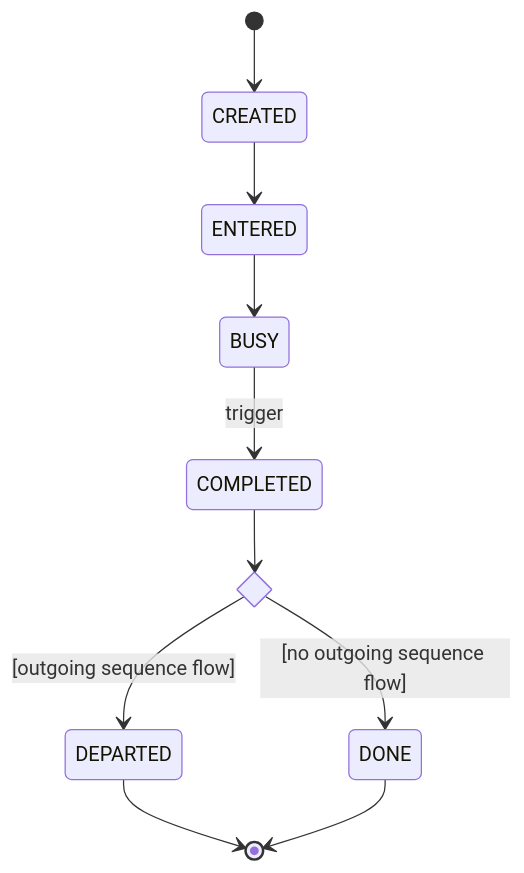
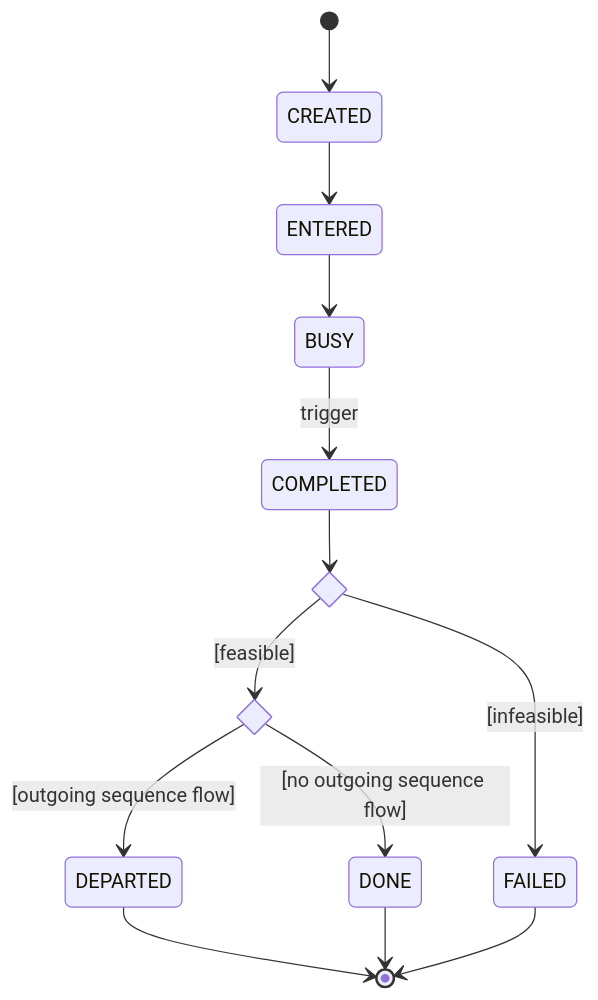
Before and after one commit to bpmn-os/bpmnos-engine: the diagram in docs/md/logic/token_flow_logic_boundary_events.md, drawn with Mermaid. The commit also changed other lines of this file and 19 other files, not shown here.

```diff
--- a/docs/md/logic/token_flow_logic_boundary_events.md
+++ b/docs/md/logic/token_flow_logic_boundary_events.md
@@ -13,13 +14,17 @@
 <pre class="mermaid">
 stateDiagram-v2
+    state feasibility <<choice>>
     state departure <<choice>>
     [*] --> CREATED
     CREATED --> ENTERED
     ENTERED --> BUSY
     BUSY --> COMPLETED: trigger
-    COMPLETED --> departure
+    COMPLETED --> feasibility
+    feasibility --> departure: [feasible]
+    feasibility --> FAILED: [infeasible]
     departure --> DEPARTED: [outgoing sequence flow]
     departure --> DONE: [no outgoing sequence flow]
     DEPARTED --> [*]
     DONE --> [*]
+    FAILED --> [*]
 </pre>
```
